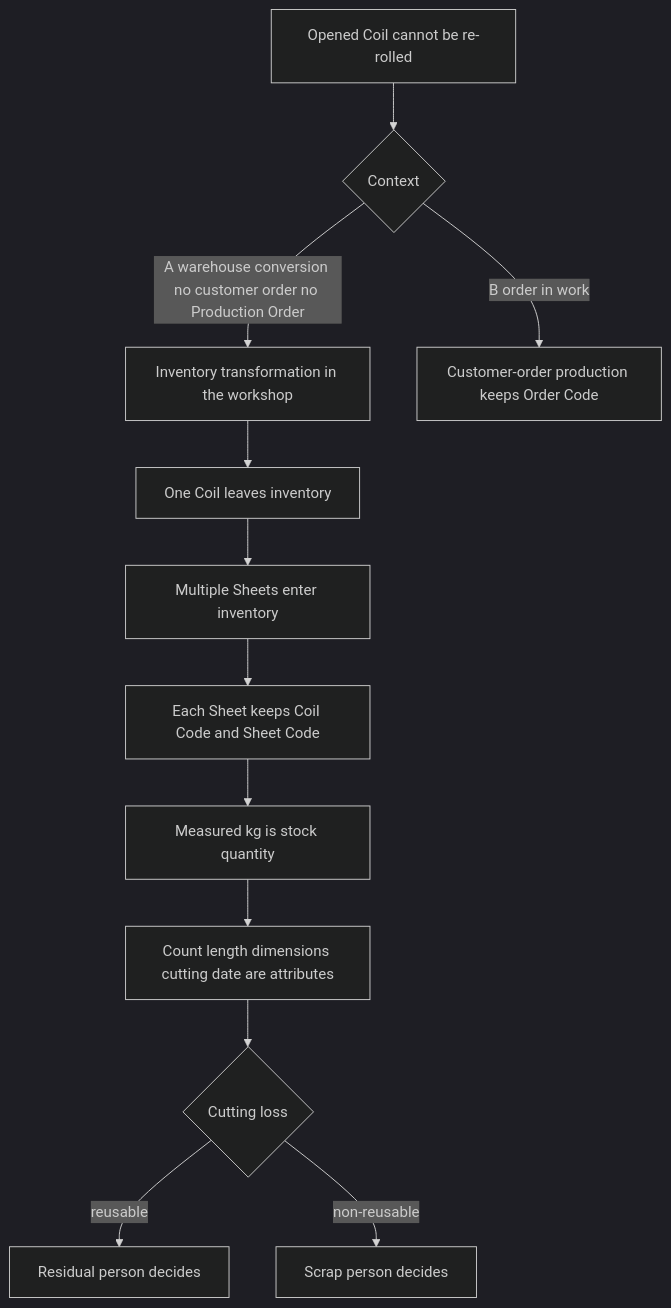
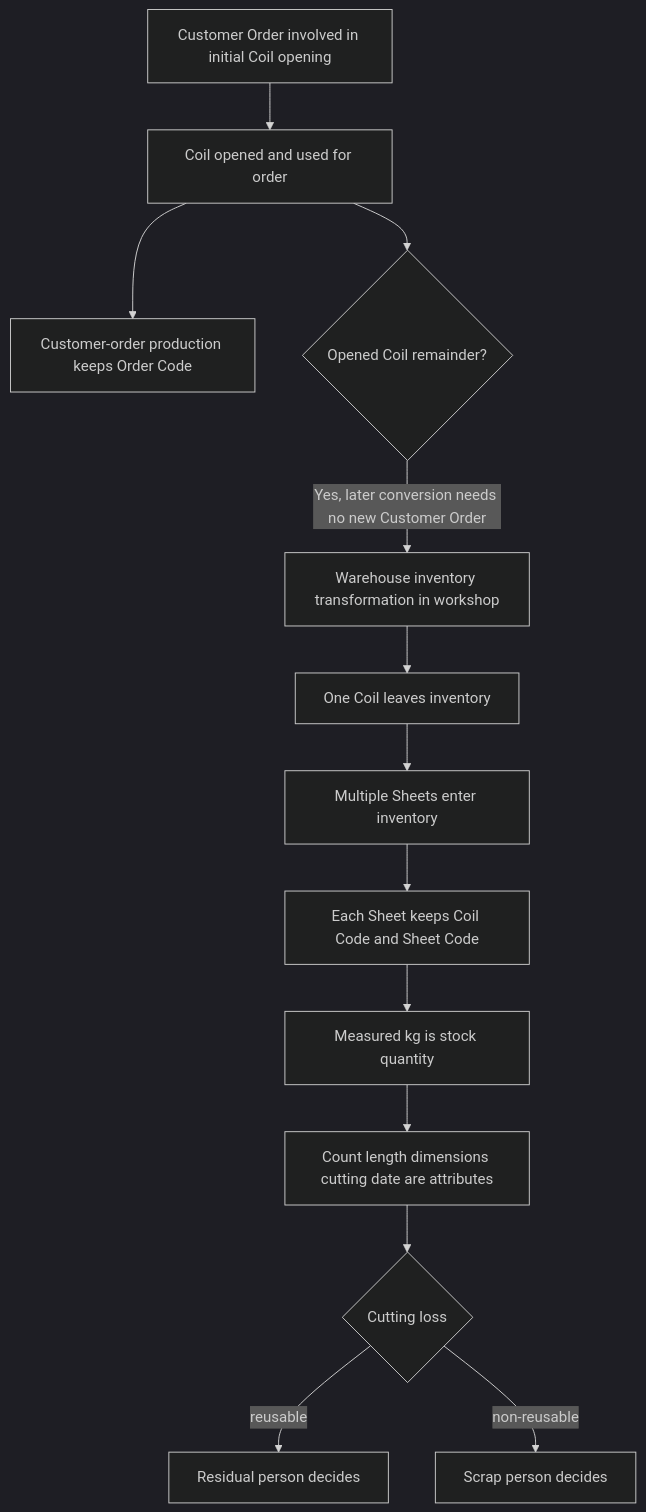
Before and after one commit to sohrab-phd/ERP: the fourth of 5 diagrams in docs/02-domain-business-architecture/PROCESS_MAPS_AS_IS_TO_BE.md, drawn with Mermaid (dark theme). The commit also changed other lines of this file and 40 other files, not shown here.

````diff
--- a/docs/02-domain-business-architecture/PROCESS_MAPS_AS_IS_TO_BE.md
+++ b/docs/02-domain-business-architecture/PROCESS_MAPS_AS_IS_TO_BE.md
@@ -361,14 +378,15 @@
 ```mermaid
 flowchart TD
-  A[Opened Coil cannot be re-rolled] --> B{Context}
-  B -->|A warehouse conversion no customer order no Production Order| C[Inventory transformation in the workshop]
-  B -->|B order in work| D[Customer-order production keeps Order Code]
+  A[Customer Order involved in initial Coil opening] --> B[Coil opened and used for order]
+  B --> D[Customer-order production keeps Order Code]
+  B --> R{Opened Coil remainder?}
+  R -->|Yes, later conversion needs no new Customer Order| C[Warehouse inventory transformation in workshop]
   C --> E[One Coil leaves inventory]
   E --> F[Multiple Sheets enter inventory]
   F --> G[Each Sheet keeps Coil Code and Sheet Code]
   G --> H[Measured kg is stock quantity]
   H --> I[Count length dimensions cutting date are attributes]
   I --> J{Cutting loss}
   J -->|reusable| K[Residual person decides]
   J -->|non-reusable| L[Scrap person decides]
 ```
````
